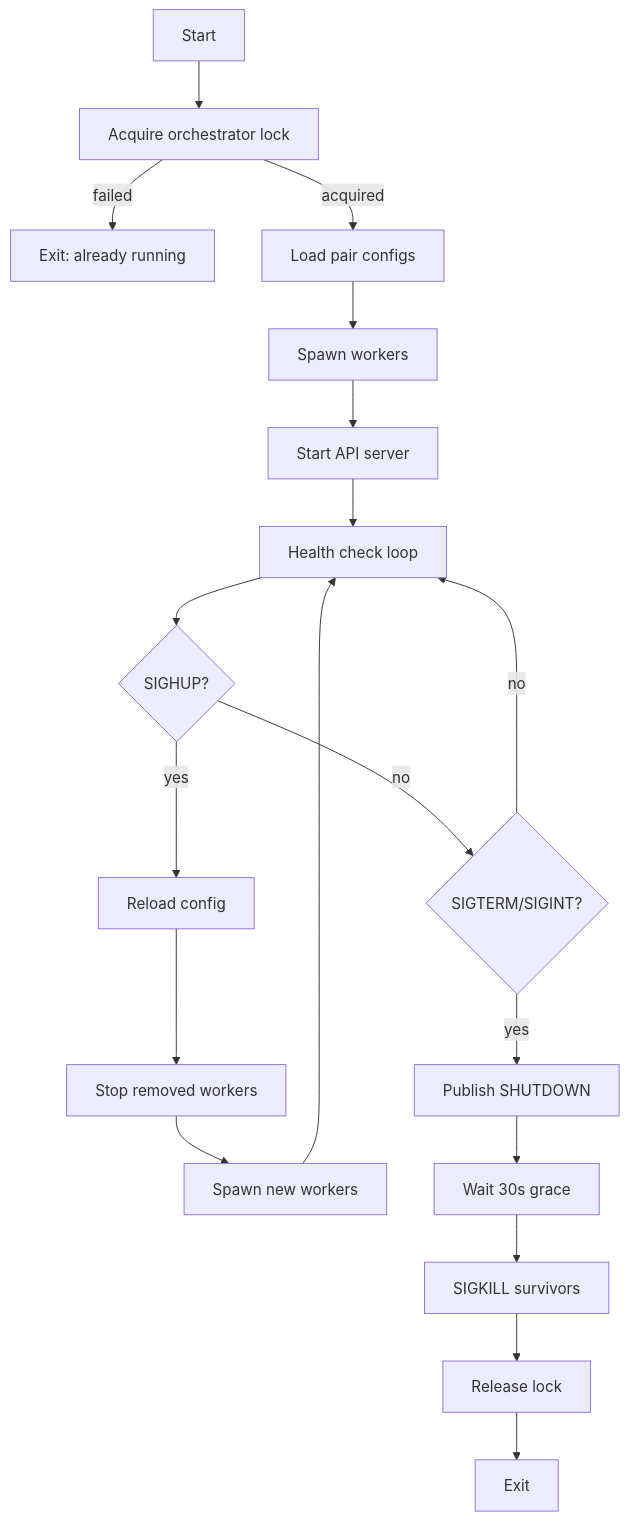
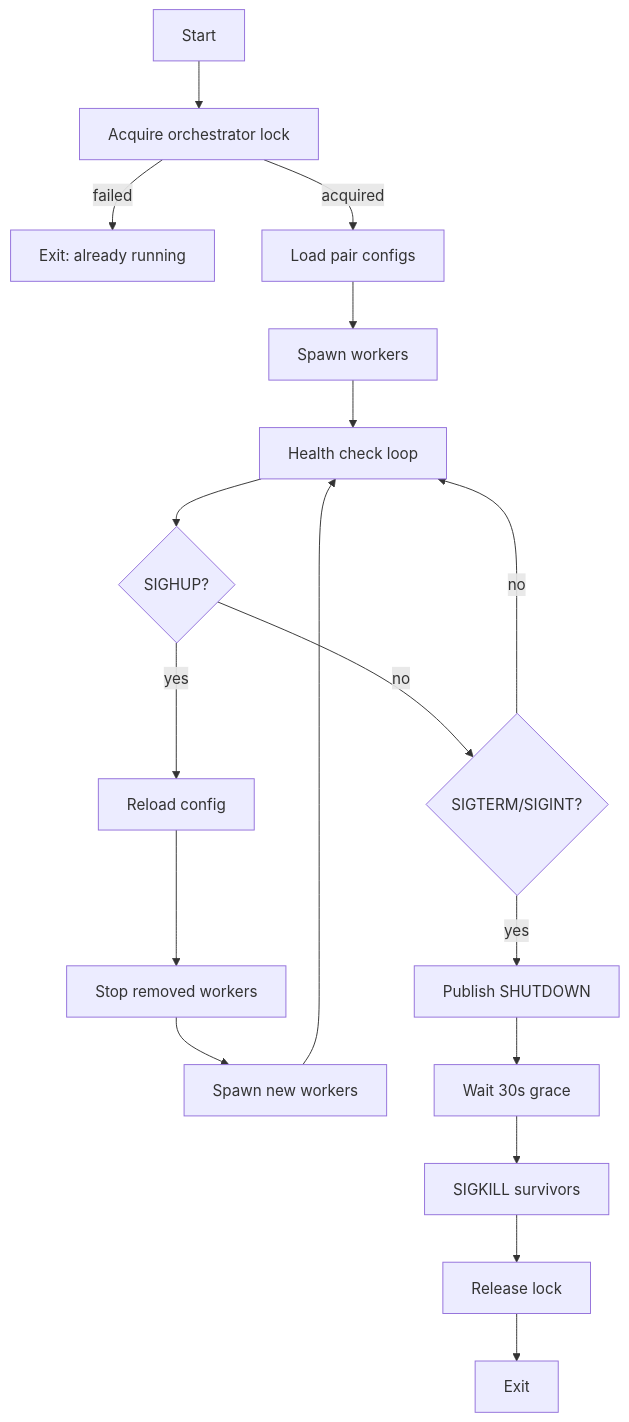
One commit to btr-supply/light-alm changed the diagram in docs/infrastructure/orchestrator.md. Above: the diagram before and after it, drawn with Mermaid. The commit also changed other lines of this file and 16 other files, not shown here.

````diff
--- a/docs/infrastructure/orchestrator.md
+++ b/docs/infrastructure/orchestrator.md
@@ -20,21 +25,20 @@
 ```mermaid
 graph TD
     A[Start] --> B[Acquire orchestrator lock]
     B -->|failed| Z[Exit: already running]
     B -->|acquired| C[Load pair configs]
     C --> D[Spawn workers]
-    D --> E[Start API server]
-    E --> F[Health check loop]
+    D --> F[Health check loop]
     F --> G{SIGHUP?}
     G -->|yes| H[Reload config]
     H --> I[Stop removed workers]
     I --> J[Spawn new workers]
     J --> F
     G -->|no| K{SIGTERM/SIGINT?}
     K -->|no| F
     K -->|yes| L[Publish SHUTDOWN]
     L --> M[Wait 30s grace]
     M --> N[SIGKILL survivors]
     N --> O[Release lock]
     O --> P[Exit]
 ```
````
